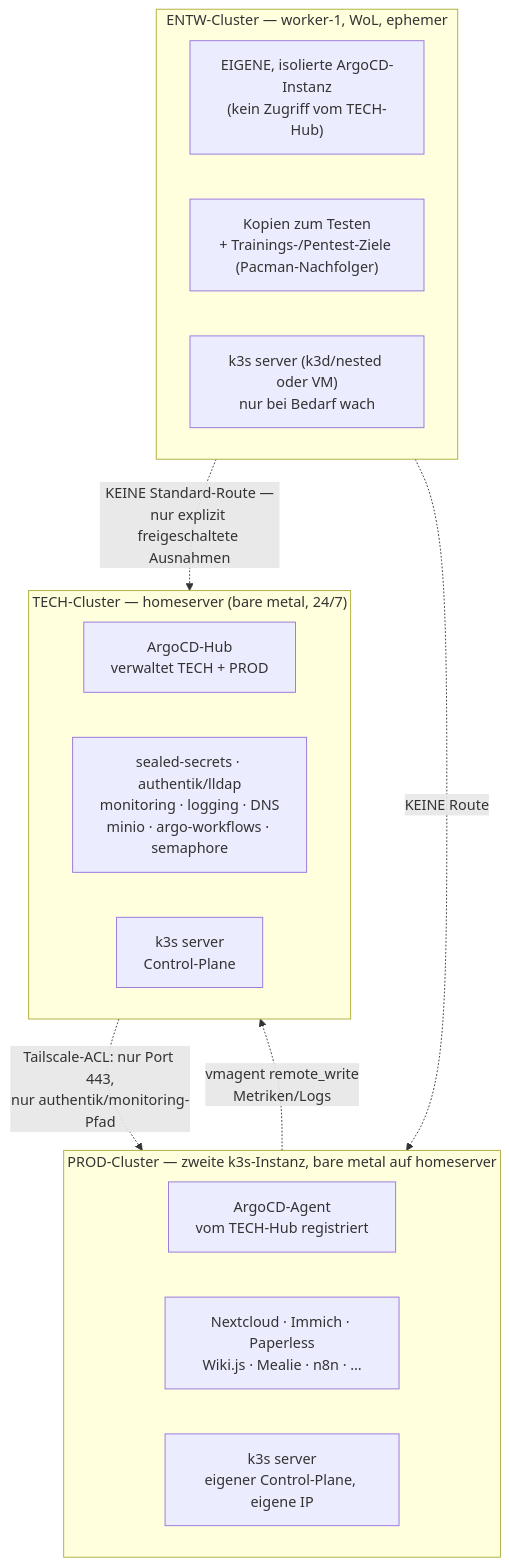
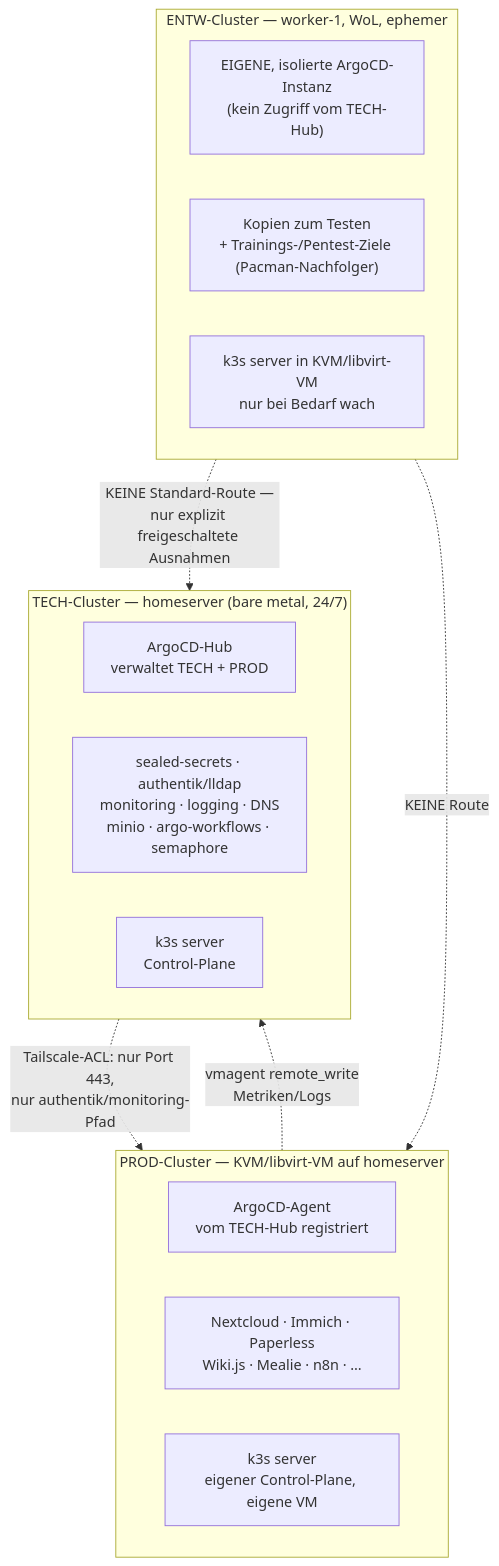
One commit to pkr-lab/capulus-core changed the first of 3 diagrams in docs/4-planung/40080-multi-cluster-entw-prod-tech.md. Above: the diagram before and after it, drawn with Mermaid. The commit also changed other lines of this file, not shown here.

Commit message:
feat: update PROD cluster configuration to use KVM/libvirt-VM for enhanced security and resource management

````diff
--- a/docs/4-planung/40080-multi-cluster-entw-prod-tech.md
+++ b/docs/4-planung/40080-multi-cluster-entw-prod-tech.md
@@ -138,28 +138,28 @@
 ```mermaid
 flowchart TB
     subgraph TECH["TECH-Cluster — homeserver (bare metal, 24/7)"]
         direction LR
         T1["ArgoCD-Hub<br/>verwaltet TECH + PROD"]
         T2["sealed-secrets · authentik/lldap<br/>monitoring · logging · DNS<br/>minio · argo-workflows · semaphore"]
         T3["k3s server<br/>Control-Plane"]
     end
 
-    subgraph PROD["PROD-Cluster — zweite k3s-Instanz, bare metal auf homeserver"]
+    subgraph PROD["PROD-Cluster — KVM/libvirt-VM auf homeserver"]
         direction LR
         P1["ArgoCD-Agent<br/>vom TECH-Hub registriert"]
         P2["Nextcloud · Immich · Paperless<br/>Wiki.js · Mealie · n8n · …"]
-        P3["k3s server<br/>eigener Control-Plane, eigene IP"]
+        P3["k3s server<br/>eigener Control-Plane, eigene VM"]
     end
 
     subgraph ENTW["ENTW-Cluster — worker-1, WoL, ephemer"]
         direction LR
         E1["EIGENE, isolierte ArgoCD-Instanz<br/>(kein Zugriff vom TECH-Hub)"]
         E2["Kopien zum Testen<br/>+ Trainings-/Pentest-Ziele (Pacman-Nachfolger)"]
-        E3["k3s server (k3d/nested oder VM)<br/>nur bei Bedarf wach"]
+        E3["k3s server in KVM/libvirt-VM<br/>nur bei Bedarf wach"]
     end
 
     TECH -.->|"Tailscale-ACL: nur Port 443,<br/>nur authentik/monitoring-Pfad"| PROD
     PROD -.->|"vmagent remote_write<br/>Metriken/Logs"| TECH
     ENTW -.->|"KEINE Standard-Route —<br/>nur explizit freigeschaltete Ausnahmen"| TECH
     ENTW -.->|"KEINE Route"| PROD
 ```
````
